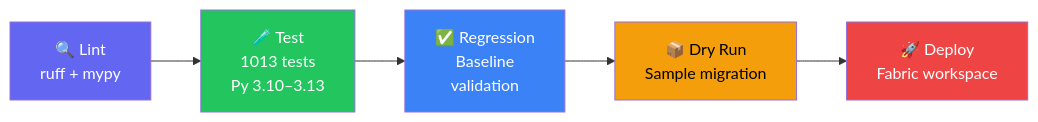
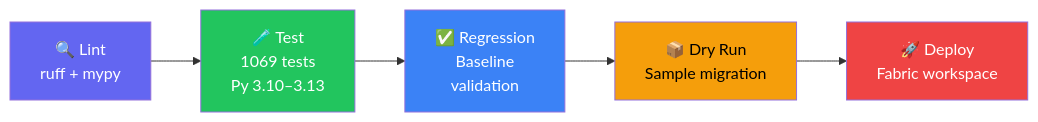
Before and after one commit to cyphou/SSIStoFabric: the second of 2 diagrams in README.md, drawn with Mermaid. The commit also changed other lines of this file and 8 other files, not shown here.

````diff
--- a/README.md
+++ b/README.md
@@ -634,13 +634,13 @@
 ```mermaid
 flowchart LR
-    L["🔍 Lint\nruff + mypy"] --> T["🧪 Test\n1013 tests\nPy 3.10–3.13"]
+    L["🔍 Lint\nruff + mypy"] --> T["🧪 Test\n1069 tests\nPy 3.10–3.13"]
     T --> R["✅ Regression\nBaseline\nvalidation"]
     R --> D["📦 Dry Run\nSample migration"]
     D --> P["🚀 Deploy\nFabric workspace"]
     
     style L fill:#6366f1,color:#fff
     style T fill:#22c55e,color:#fff
     style R fill:#3b82f6,color:#fff
     style D fill:#f59e0b,color:#000
     style P fill:#ef4444,color:#fff
 ```
````
